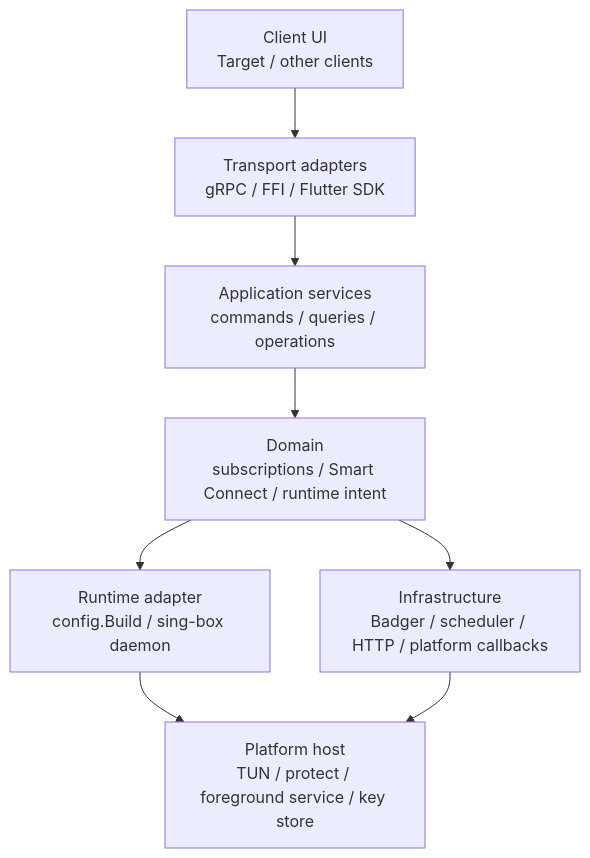
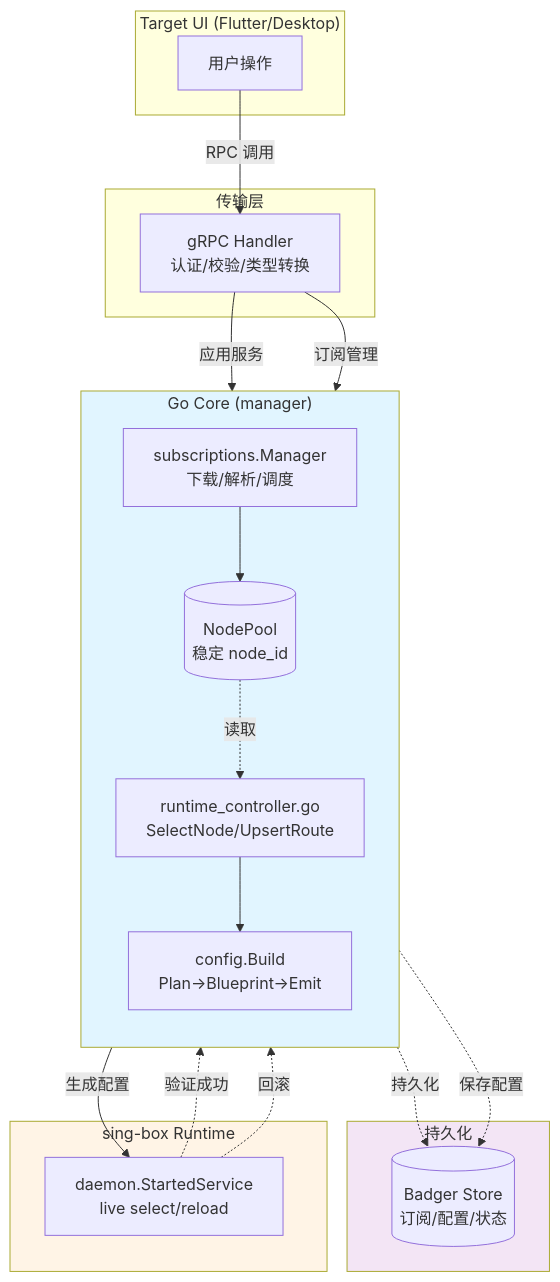
Before and after one commit to TargetProxy/TargetLib: the first of 5 diagrams in docs/DESIGN.md, drawn with Mermaid. The commit also changed other lines of this file and 58 other files, not shown here.

Commit message:
Prune Smart Connect core and split manager route handling

````diff
--- a/docs/DESIGN.md
+++ b/docs/DESIGN.md
@@ -21,18 +17,42 @@
 ```mermaid
 flowchart TB
-    CLIENT["Client UI<br/>Target / other clients"]
-    TRANSPORT["Transport adapters<br/>gRPC / FFI / Flutter SDK"]
-    APP["Application services<br/>commands / queries / operations"]
-    DOMAIN["Domain<br/>subscriptions / Smart Connect / runtime intent"]
-    INFRA["Infrastructure<br/>Badger / scheduler / HTTP / platform callbacks"]
-    RUNTIME["Runtime adapter<br/>config.Build / sing-box daemon"]
-    HOST["Platform host<br/>TUN / protect / foreground service / key store"]
-
-    CLIENT --> TRANSPORT
-    TRANSPORT --> APP
-    APP --> DOMAIN
-    DOMAIN --> INFRA
-    DOMAIN --> RUNTIME
-    RUNTIME --> HOST
-    INFRA --> HOST
+    subgraph UI["Target UI (Flutter/Desktop)"]
+        USER[用户操作]
+    end
+    
+    subgraph TRANSPORT["传输层"]
+        GRPC[gRPC Handler<br/>认证/校验/类型转换]
+    end
+    
+    subgraph CORE["Go Core (manager)"]
+        direction TB
+        SUBM[subscriptions.Manager<br/>下载/解析/调度]
+        CTRL[runtime_controller.go<br/>SelectNode/UpsertRoute]
+        BUILD[config.Build<br/>Plan→Blueprint→Emit]
+        
+        SUBM --> POOL[(NodePool<br/>稳定 node_id)]
+        CTRL --> BUILD
+        POOL -.读取.-> CTRL
+    end
+    
+    subgraph PERSIST["持久化"]
+        BADGER[(Badger Store<br/>订阅/配置/状态)]
+    end
+    
+    subgraph RUNTIME["sing-box Runtime"]
+        BOX[daemon.StartedService<br/>live select/reload]
+    end
+    
+    USER -->|RPC 调用| GRPC
+    GRPC -->|应用服务| CTRL
+    GRPC -->|订阅管理| SUBM
+    SUBM -.持久化.-> BADGER
+    CTRL -.保存配置.-> BADGER
+    BUILD -->|生成配置| BOX
+    BOX -.验证成功.-> CTRL
+    BOX -.回滚.-> CTRL
+    
+    style CORE fill:#e1f5ff
+    style RUNTIME fill:#fff4e6
+    style PERSIST fill:#f3e5f5
 ```
````
